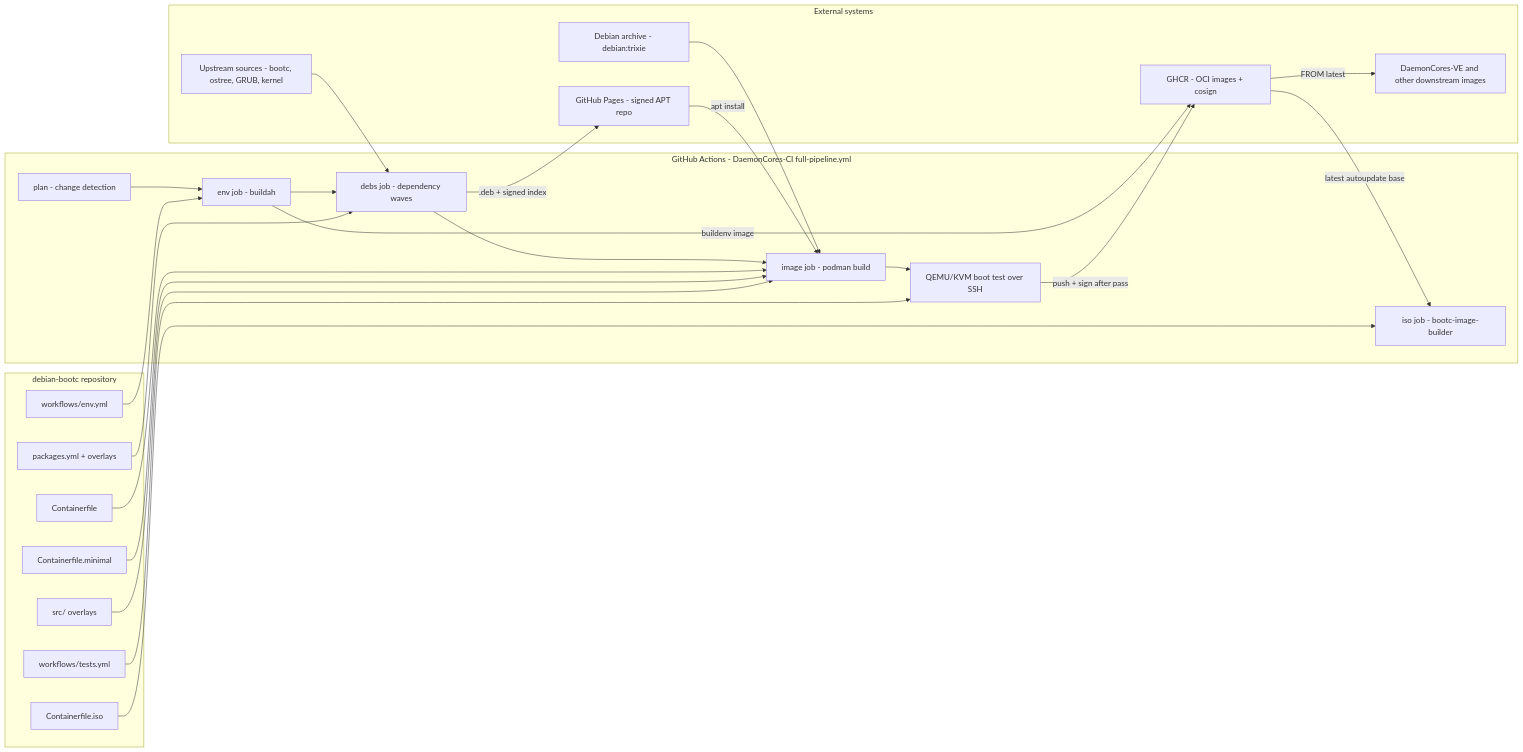
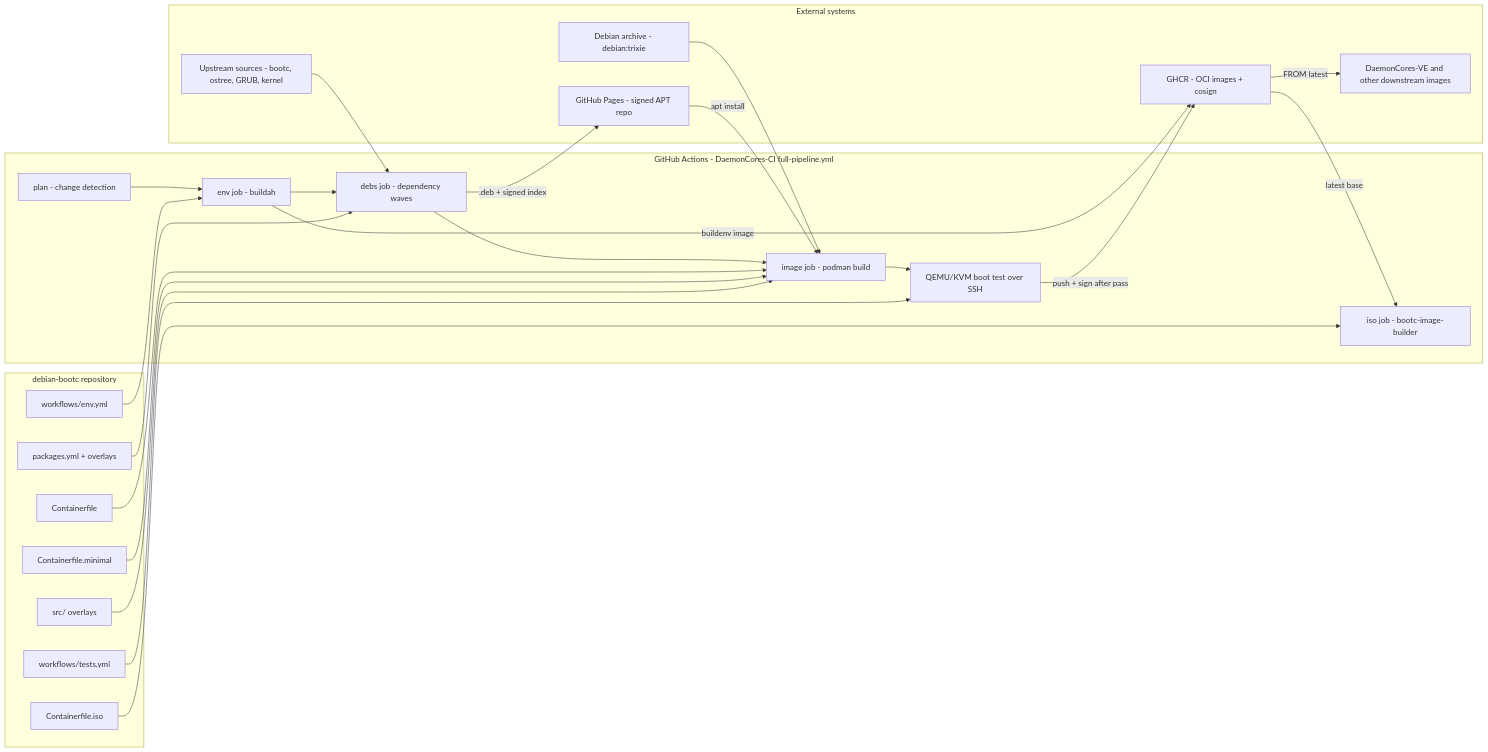
Before and after one commit to DaemonCores/debian-bootc: the diagram in docs/architecture/overview.md, drawn with Mermaid. The commit also changed other lines of this file and 32 other files, not shown here.

````diff
--- a/docs/architecture/overview.md
+++ b/docs/architecture/overview.md
@@ -21,46 +21,46 @@
 ```mermaid
 flowchart LR
     subgraph Repo["debian-bootc repository"]
         envyml["workflows/env.yml"]
         pkgyml["packages.yml + overlays"]
         cf["Containerfile"]
         cfmin["Containerfile.minimal"]
         cfiso["Containerfile.iso"]
         testsyml["workflows/tests.yml"]
         srcdir["src/ overlays"]
     end
 
     subgraph CI["GitHub Actions - DaemonCores-CI full-pipeline.yml"]
         plan["plan - change detection"]
         envjob["env job - buildah"]
         debsjob["debs job - dependency waves"]
         imgjob["image job - podman build"]
         qemu["QEMU/KVM boot test over SSH"]
         isojob["iso job - bootc-image-builder"]
     end
 
     subgraph External["External systems"]
         debian["Debian archive - debian:trixie"]
         pages["GitHub Pages - signed APT repo"]
         ghcr["GHCR - OCI images + cosign"]
         upstream["Upstream sources - bootc, ostree, GRUB, kernel"]
         downstream["DaemonCores-VE and other downstream images"]
     end
 
     plan --> envjob --> debsjob --> imgjob --> qemu
     envyml --> envjob
     pkgyml --> debsjob
     upstream --> debsjob
     envjob -->|buildenv image| ghcr
     debsjob -->|.deb + signed index| pages
     cf --> imgjob
     cfmin --> imgjob
     srcdir --> imgjob
     debian --> imgjob
     pages -->|apt install| imgjob
     testsyml --> qemu
     qemu -->|push + sign after pass| ghcr
-    ghcr -->|latest autoupdate base| isojob
+    ghcr -->|latest base| isojob
     cfiso --> isojob
     ghcr -->|FROM latest| downstream
 ```
````
